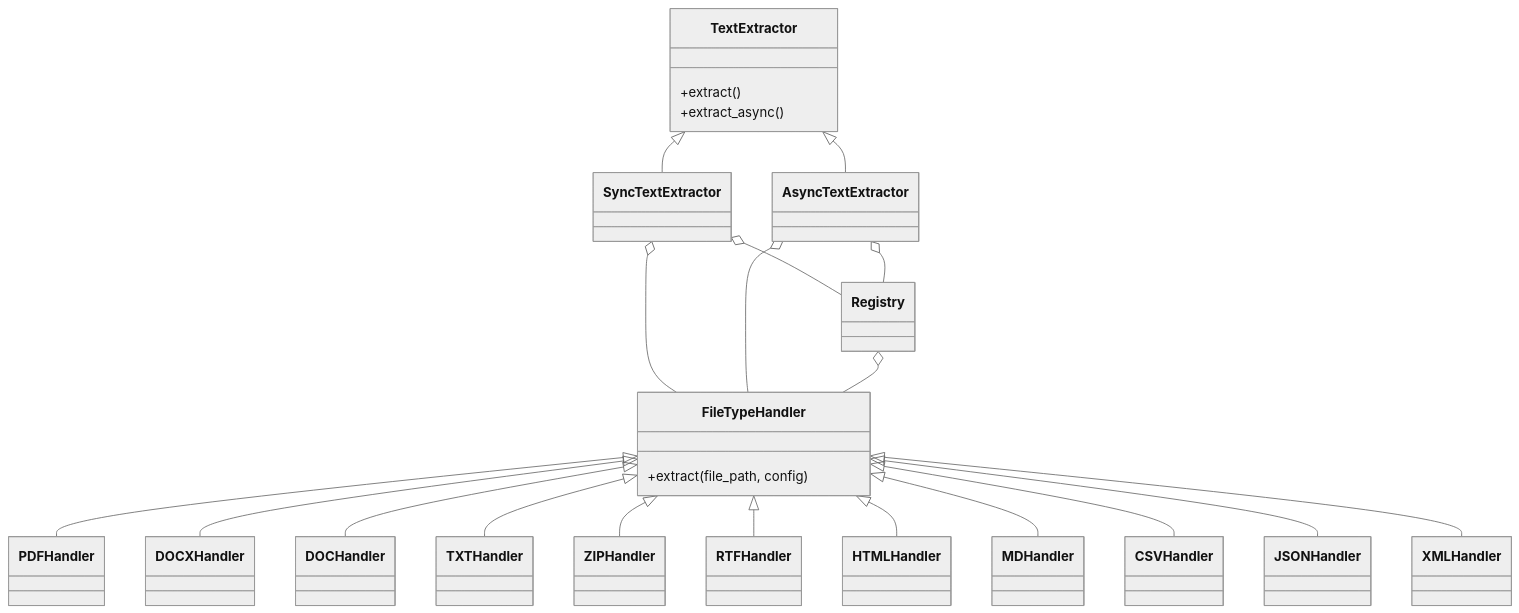
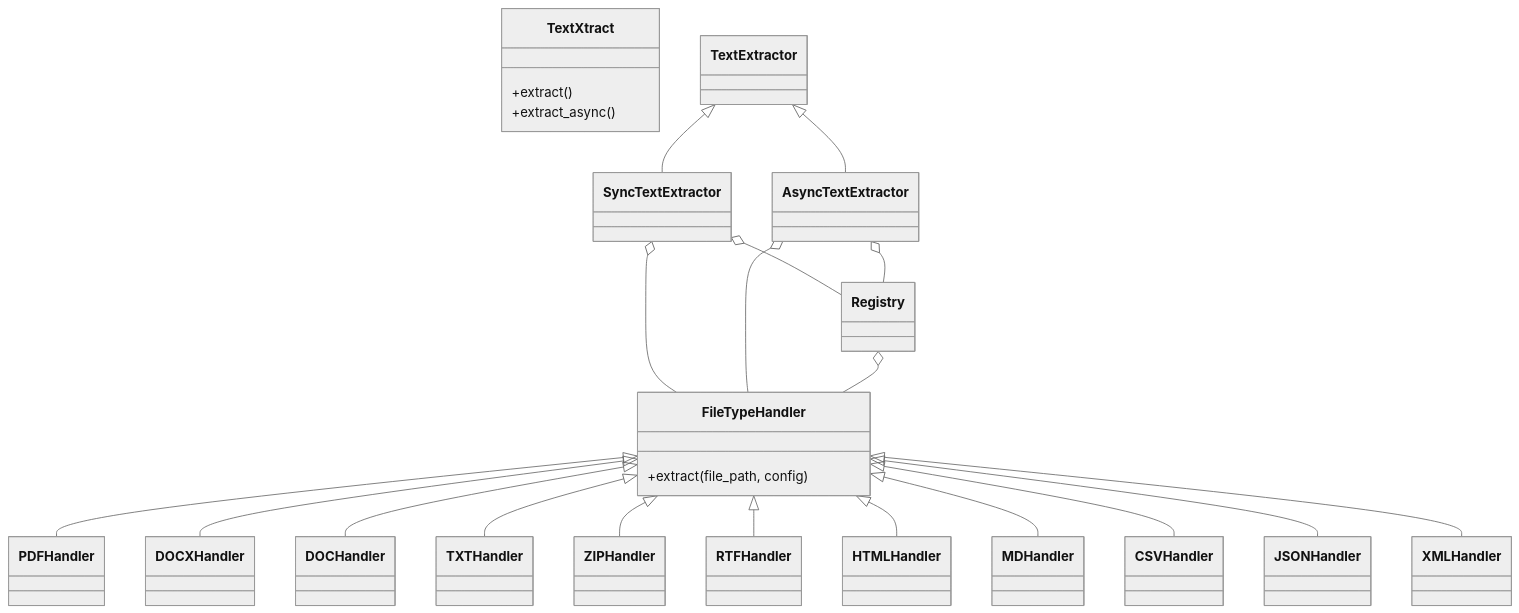
The diagram in docs/architecture.md (10xHub/textxtract), drawn with Mermaid (neutral theme) before and after one commit. The commit also changed other lines of this file and 14 other files, not shown here.

````diff
--- a/docs/architecture.md
+++ b/docs/architecture.md
@@ -105,28 +5,28 @@
 ```mermaid
 classDiagram
-    class TextExtractor {
+    class TextXtract {
         +extract()
         +extract_async()
     }
     class FileTypeHandler {
         +extract(file_path, config)
     }
     TextExtractor <|-- SyncTextExtractor
     TextExtractor <|-- AsyncTextExtractor
     FileTypeHandler <|-- PDFHandler
     FileTypeHandler <|-- DOCXHandler
     FileTypeHandler <|-- DOCHandler
     FileTypeHandler <|-- TXTHandler
     FileTypeHandler <|-- ZIPHandler
     FileTypeHandler <|-- RTFHandler
     FileTypeHandler <|-- HTMLHandler
     FileTypeHandler <|-- MDHandler
     FileTypeHandler <|-- CSVHandler
     FileTypeHandler <|-- JSONHandler
     FileTypeHandler <|-- XMLHandler
     SyncTextExtractor o-- FileTypeHandler
     AsyncTextExtractor o-- FileTypeHandler
     SyncTextExtractor o-- Registry
     AsyncTextExtractor o-- Registry
     Registry o-- FileTypeHandler
 ```
````
